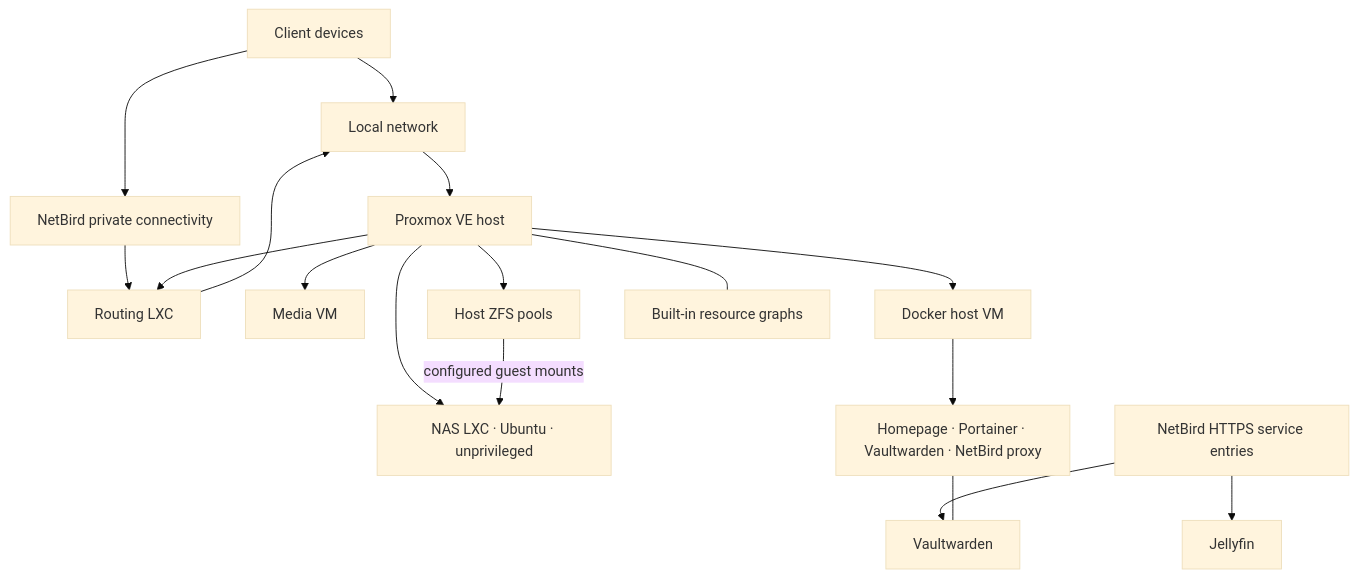
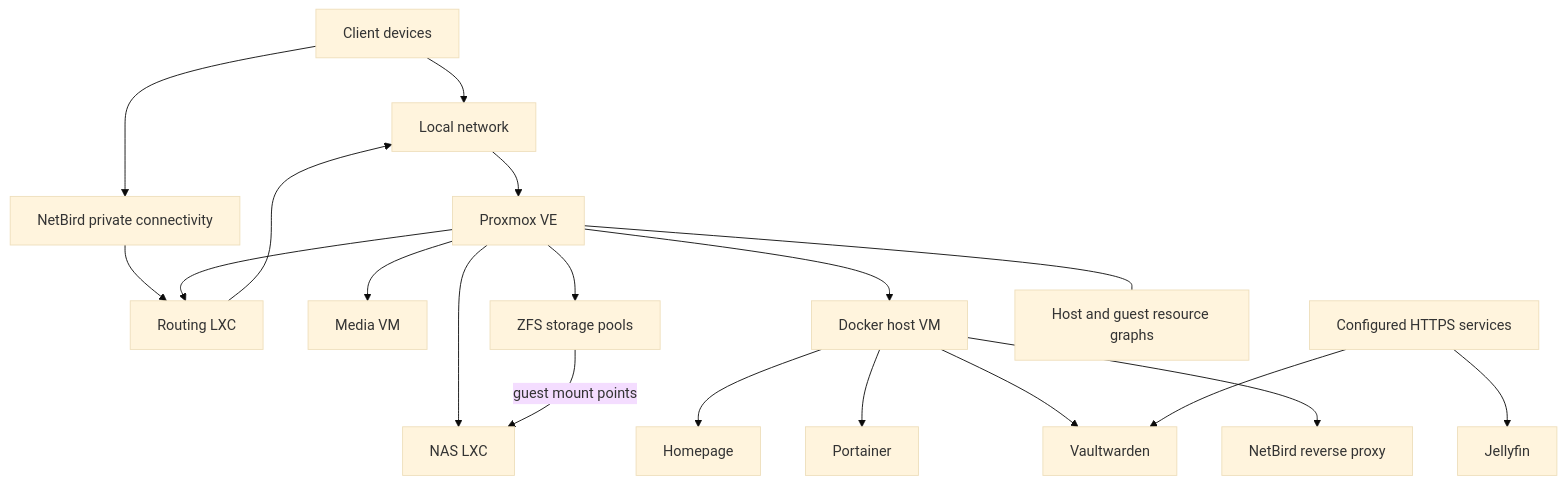
Before and after one commit to GeovanieVasquez/homelab-infrastructure-public: the diagram in assets/diagrams/architecture.mmd, drawn with Mermaid (base theme). The commit also changed 2 other files, not shown here.

Commit message:
docs: restyle Home Lab showcase around hardware and services

```diff
--- a/assets/diagrams/architecture.mmd
+++ b/assets/diagrams/architecture.mmd
@@ -1,17 +1,19 @@
 flowchart TB
-    clients["Client devices"] --> lan["Local network"]
-    clients --> nb["NetBird private connectivity"]
-    nb --> route["Routing LXC"]
-    route --> lan
-    lan --> pve["Proxmox VE host"]
-    pve --> nas["NAS LXC · Ubuntu · unprivileged"]
-    pve --> media["Media VM"]
-    pve --> dock["Docker host VM"]
-    pve --> route
-    pve --> zfs["Host ZFS pools"]
-    zfs -->|"configured guest mounts"| nas
-    dock --> apps["Homepage · Portainer · Vaultwarden · NetBird proxy"]
-    proxy["NetBird HTTPS service entries"] --> jf["Jellyfin"]
-    proxy --> vw["Vaultwarden"]
-    apps --- vw
-    pve --- metrics["Built-in resource graphs"]
+    client["Client devices"] --> lan["Local network"]
+    client --> mesh["NetBird private connectivity"]
+    mesh --> router["Routing LXC"]
+    router --> lan
+    lan --> host["Proxmox VE"]
+    host --> nas["NAS LXC"]
+    host --> media["Media VM"]
+    host --> docker["Docker host VM"]
+    host --> router
+    host --> pools["ZFS storage pools"]
+    pools -->|"guest mount points"| nas
+    docker --> homepage["Homepage"]
+    docker --> portainer["Portainer"]
+    docker --> vault["Vaultwarden"]
+    docker --> reverse["NetBird reverse proxy"]
+    entries["Configured HTTPS services"] --> jellyfin["Jellyfin"]
+    entries --> vault
+    host --- graphs["Host and guest resource graphs"]
```
